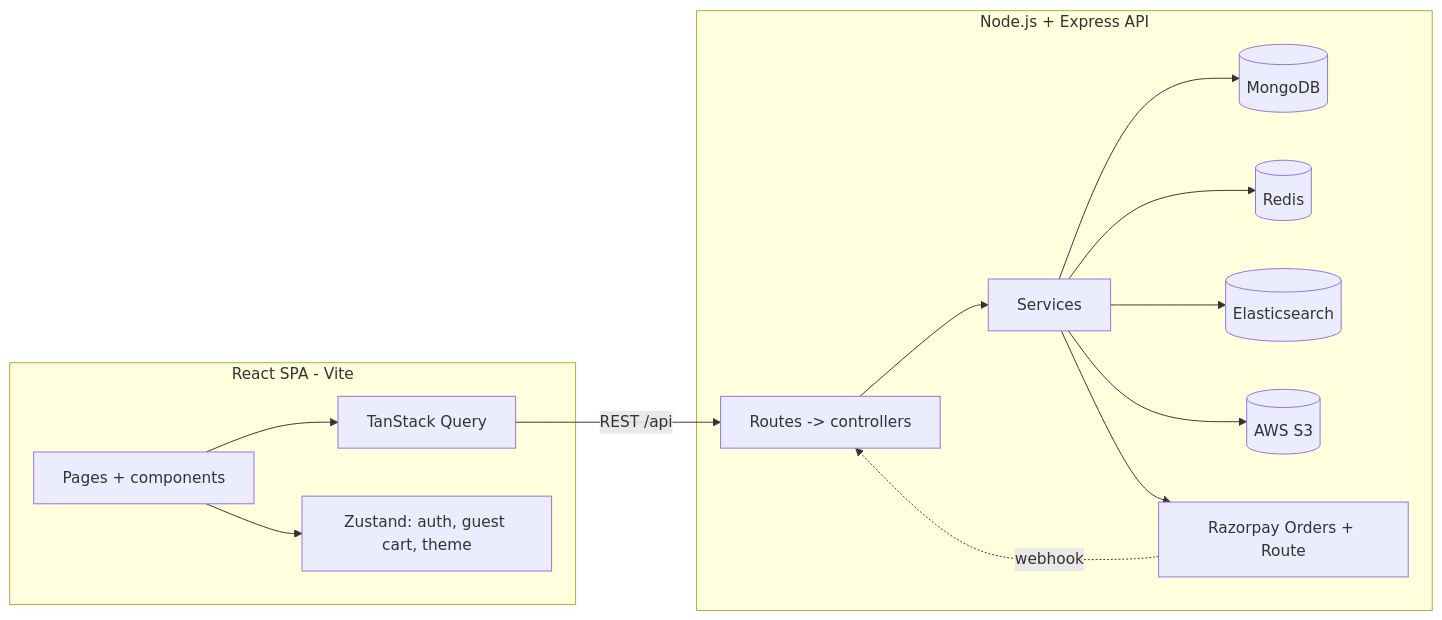
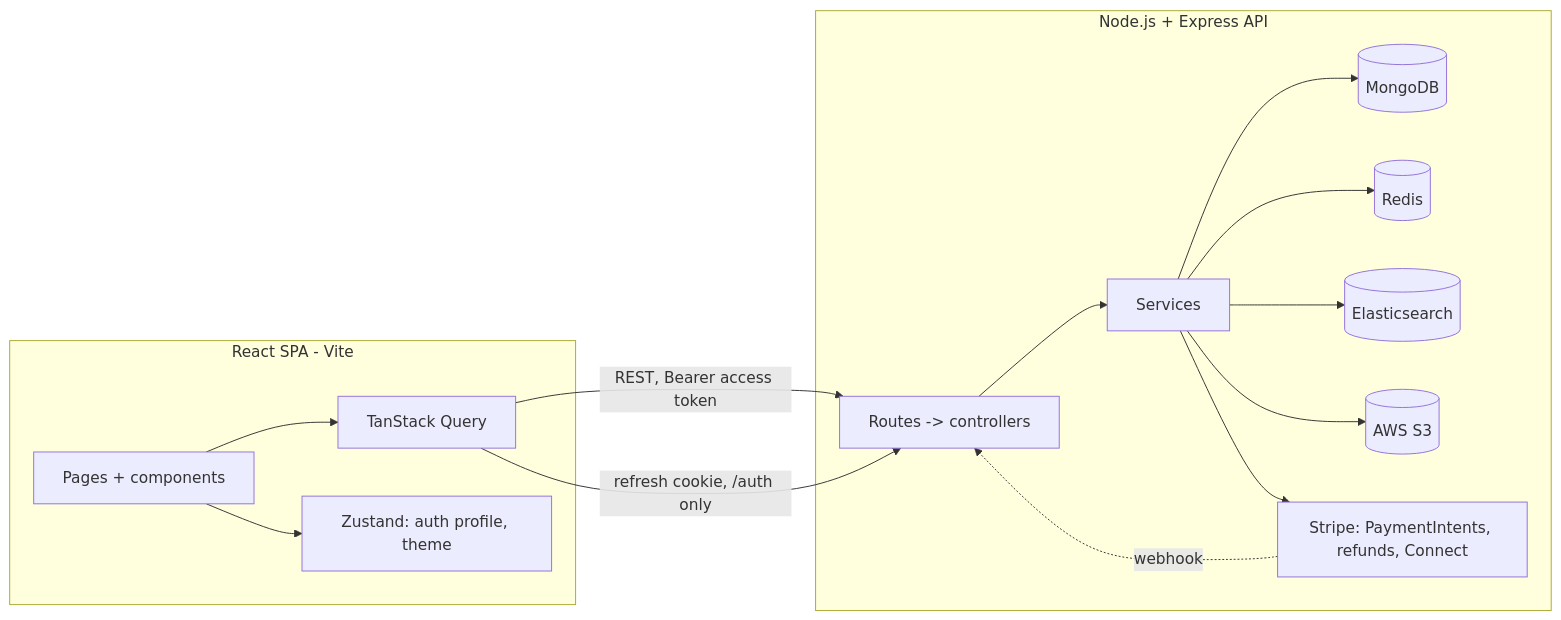
The first of 5 diagrams in docs/ARCHITECTURE.md (Abhishek-Gangwar-18/nexvia-capstone-project-submission), drawn with Mermaid before and after one commit. The commit also changed other lines of this file and 2 other files, not shown here.

Commit message:
docs: README/ARCHITECTURE/API_TESTS -> document Stripe payments, refresh sessions, returns, payouts and the test suite, and add an API test guide -> so the docs match the redesigned system now setup, env vars and flows are described for the Stripe version

````diff
--- a/docs/ARCHITECTURE.md
+++ b/docs/ARCHITECTURE.md
@@ -19,18 +19,19 @@
 ```mermaid
 flowchart LR
   subgraph Client [React SPA - Vite]
     UI[Pages + components] --> RQ[TanStack Query]
-    UI --> ZS[Zustand: auth, guest cart, theme]
+    UI --> ZS[Zustand: auth profile, theme]
   end
-  RQ -->|REST /api| API
+  RQ -->|REST, Bearer access token| API
+  RQ -->|refresh cookie, /auth only| API
 
   subgraph Server [Node.js + Express API]
     API[Routes -> controllers] --> SVC[Services]
     SVC --> M[(MongoDB)]
     SVC --> R[(Redis)]
     SVC --> ES[(Elasticsearch)]
     SVC --> S3[(AWS S3)]
-    SVC --> RZP[Razorpay Orders + Route]
+    SVC --> STR[Stripe: PaymentIntents, refunds, Connect]
   end
-  RZP -. webhook .-> API
+  STR -. webhook .-> API
 ```
````
